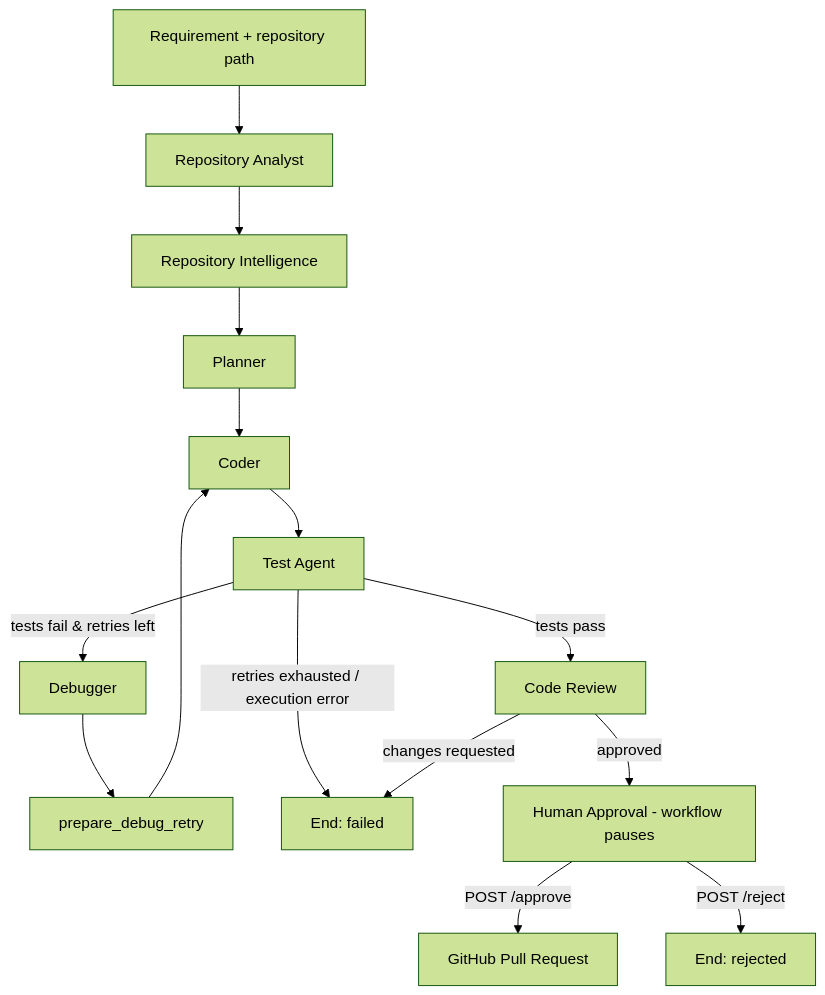
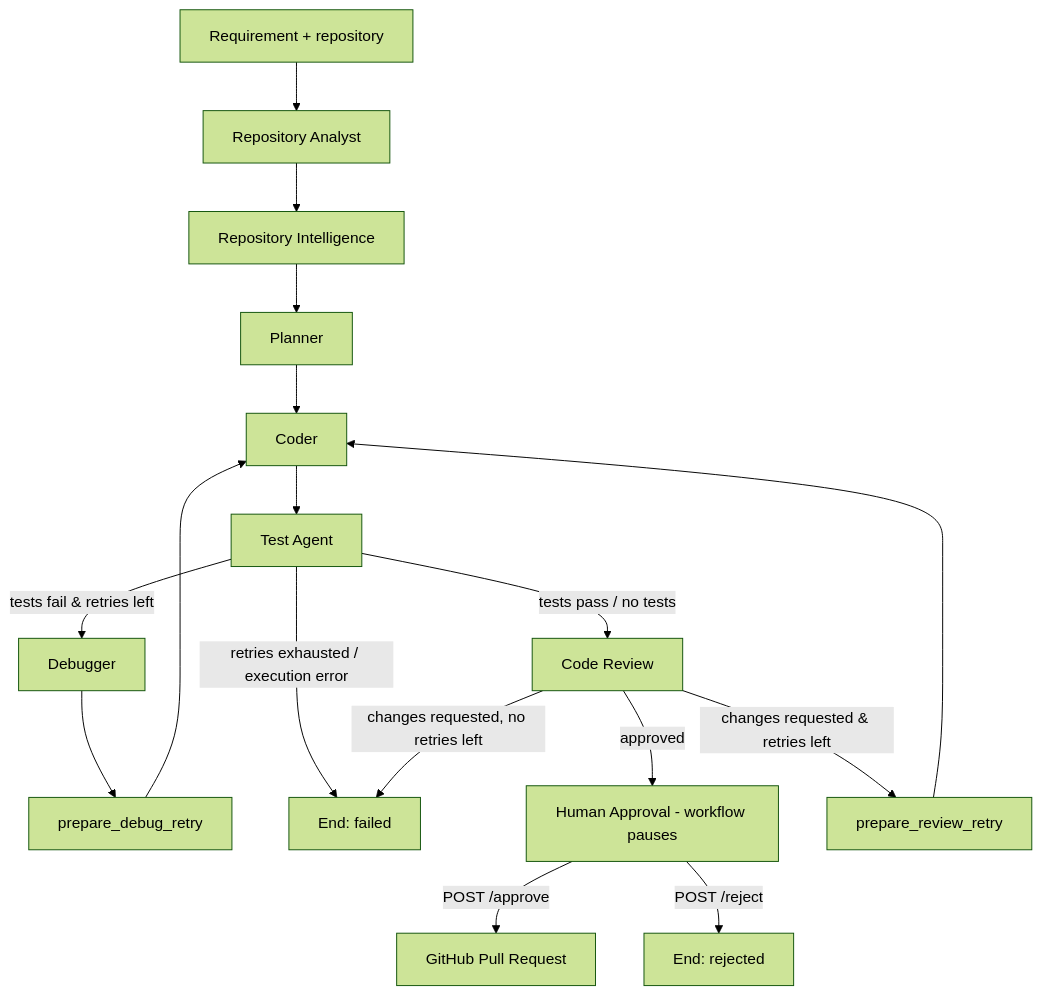
One commit to Chirag0071/AI-Software-Engineer changed the diagram in README.md. Above: the diagram before and after it, drawn with Mermaid (forest theme). The commit also changed other lines of this file, not shown here.

````diff
--- a/README.md
+++ b/README.md
@@ -50,17 +55,19 @@
 ```mermaid
 flowchart TD
-    A[Requirement + repository path] --> B[Repository Analyst]
+    A[Requirement + repository] --> B[Repository Analyst]
     B --> C[Repository Intelligence]
     C --> D[Planner]
     D --> E[Coder]
     E --> F[Test Agent]
-    F -->|tests pass| G[Code Review]
+    F -->|tests pass / no tests| G[Code Review]
     F -->|tests fail & retries left| H[Debugger]
     H --> I[prepare_debug_retry]
     I --> E
     F -->|retries exhausted / execution error| X[End: failed]
     G -->|approved| J[Human Approval - workflow pauses]
-    G -->|changes requested| X
+    G -->|changes requested & retries left| R[prepare_review_retry]
+    R --> E
+    G -->|changes requested, no retries left| X
     J -->|POST /approve| K[GitHub Pull Request]
     J -->|POST /reject| Y[End: rejected]
 ```
````
